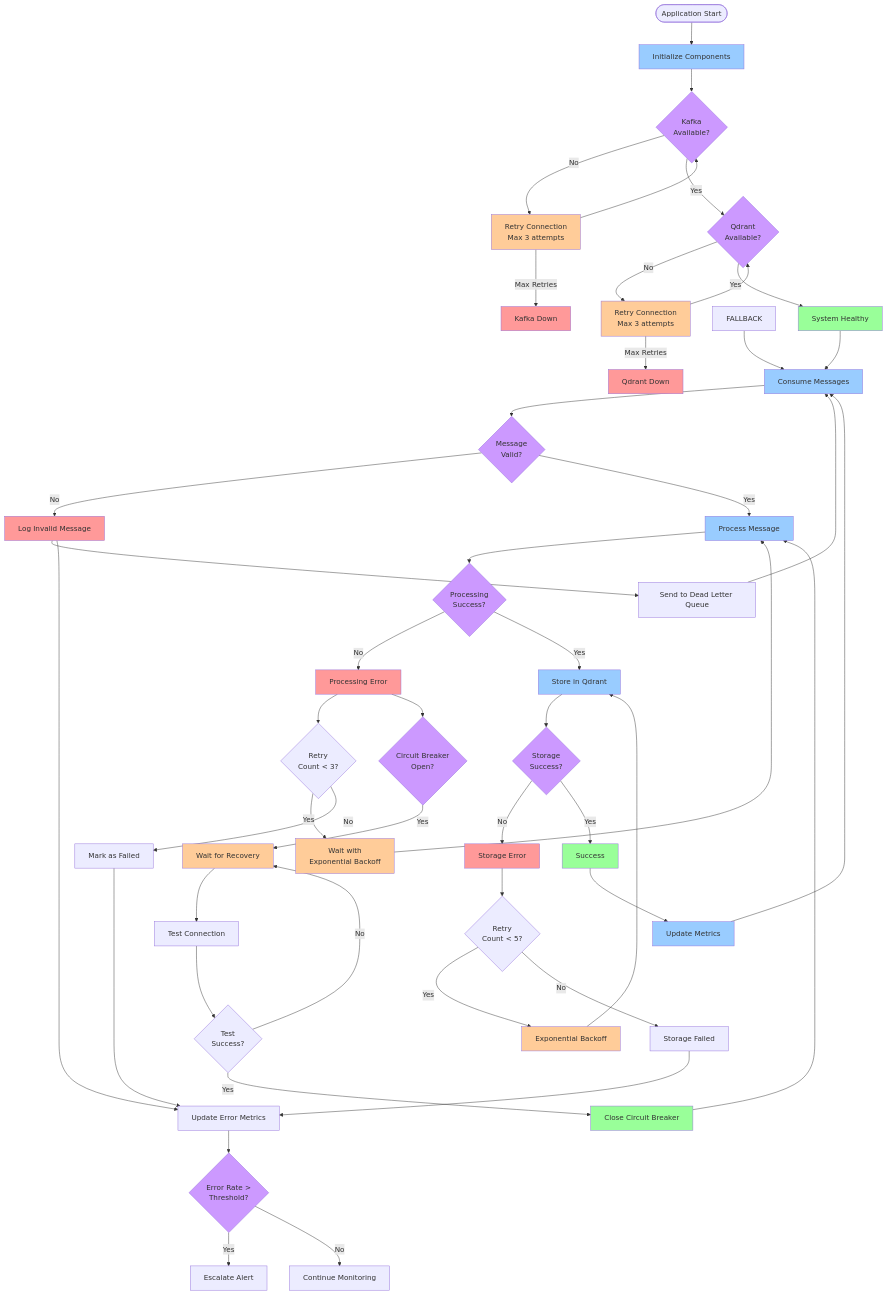
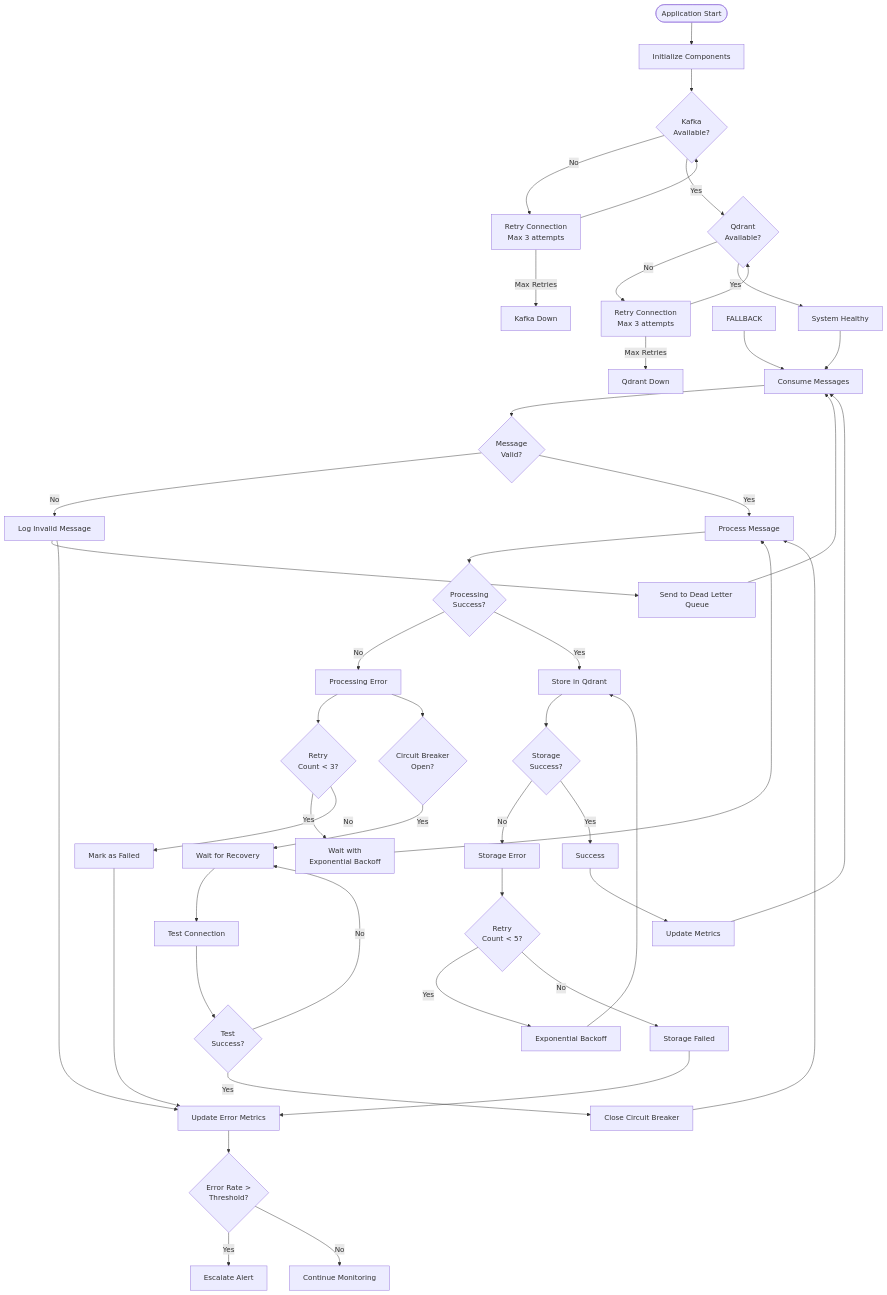
One commit to ahmetk3436/VectorStream changed the diagram in docs/diagrams/error_handling_flow.md. Above: the diagram before and after it, drawn with Mermaid. The commit also changed 44 other files, not shown here.

````diff
--- a/docs/diagrams/error_handling_flow.md
+++ b/docs/diagrams/error_handling_flow.md
@@ -1,81 +1,74 @@
 ```mermaid
 flowchart TD
     START([Application Start]) --> INIT[Initialize Components]
     
     INIT --> CHECK_KAFKA{Kafka<br/>Available?}
     CHECK_KAFKA -->|No| RETRY_KAFKA[Retry Connection<br/>Max 3 attempts]
     RETRY_KAFKA --> CHECK_KAFKA
     CHECK_KAFKA -->|Yes| CHECK_QDRANT{Qdrant<br/>Available?}
     
     CHECK_QDRANT -->|No| RETRY_QDRANT[Retry Connection<br/>Max 3 attempts]
     RETRY_QDRANT --> CHECK_QDRANT
     CHECK_QDRANT -->|Yes| HEALTHY[System Healthy]
     
     HEALTHY --> CONSUME[Consume Messages]
     
     %% Message Processing Flow
     CONSUME --> VALIDATE{Message<br/>Valid?}
     VALIDATE -->|No| LOG_INVALID[Log Invalid Message]
     LOG_INVALID --> DEAD_LETTER[Send to Dead Letter Queue]
     DEAD_LETTER --> CONSUME
     
     VALIDATE -->|Yes| PROCESS[Process Message]
     
     %% Processing Error Handling
     PROCESS --> PROC_SUCCESS{Processing<br/>Success?}
     PROC_SUCCESS -->|No| PROC_ERROR[Processing Error]
     PROC_ERROR --> CHECK_RETRY{Retry<br/>Count < 3?}
     CHECK_RETRY -->|Yes| WAIT[Wait with<br/>Exponential Backoff]
     WAIT --> PROCESS
     CHECK_RETRY -->|No| PROC_FAILED[Mark as Failed]
     
     PROC_SUCCESS -->|Yes| STORE[Store in Qdrant]
     
     %% Storage Error Handling
     STORE --> STORE_SUCCESS{Storage<br/>Success?}
     STORE_SUCCESS -->|No| STORE_ERROR[Storage Error]
     STORE_ERROR --> CHECK_STORE_RETRY{Retry<br/>Count < 5?}
     CHECK_STORE_RETRY -->|Yes| BACKOFF[Exponential Backoff]
     BACKOFF --> STORE
     CHECK_STORE_RETRY -->|No| STORE_FAILED[Storage Failed]
     FALLBACK --> CONSUME
     
     STORE_SUCCESS -->|Yes| SUCCESS[Success]
     SUCCESS --> METRICS[Update Metrics]
     METRICS --> CONSUME
     
     %% Circuit Breaker Pattern
     PROC_ERROR --> CB_CHECK{Circuit Breaker<br/>Open?}
     CB_CHECK -->|Yes| CB_WAIT[Wait for Recovery]
     CB_WAIT --> CB_TEST[Test Connection]
     CB_TEST --> CB_SUCCESS{Test<br/>Success?}
     CB_SUCCESS -->|Yes| CB_CLOSE[Close Circuit Breaker]
     CB_CLOSE --> PROCESS
     CB_SUCCESS -->|No| CB_WAIT
     
     %% Health Check Failures
     RETRY_KAFKA -->|Max Retries| KAFKA_DOWN[Kafka Down]
     RETRY_QDRANT -->|Max Retries| QDRANT_DOWN[Qdrant Down]
     
     %% Monitoring and Alerting
     LOG_INVALID --> MONITOR[Update Error Metrics]
     PROC_FAILED --> MONITOR
     STORE_FAILED --> MONITOR
     
     MONITOR --> THRESHOLD{Error Rate ><br/>Threshold?}
     THRESHOLD -->|Yes| ESCALATE[Escalate Alert]
     THRESHOLD -->|No| CONTINUE[Continue Monitoring]
     
-    %% Styling
-    classDef success fill:#99ff99
-    classDef error fill:#ff9999
-    classDef warning fill:#ffcc99
-    classDef process fill:#99ccff
-    classDef decision fill:#cc99ff
-    
     class SUCCESS,HEALTHY,CB_CLOSE success
     class LOG_INVALID,PROC_ERROR,STORE_ERROR,KAFKA_DOWN,QDRANT_DOWN,GRACEFUL_SHUTDOWN error
     class RETRY_KAFKA,RETRY_QDRANT,WAIT,BACKOFF,CB_WAIT warning
     class INIT,CONSUME,PROCESS,STORE,METRICS process
     class CHECK_KAFKA,CHECK_QDRANT,VALIDATE,PROC_SUCCESS,STORE_SUCCESS,CB_CHECK,THRESHOLD decision
 ```
````
